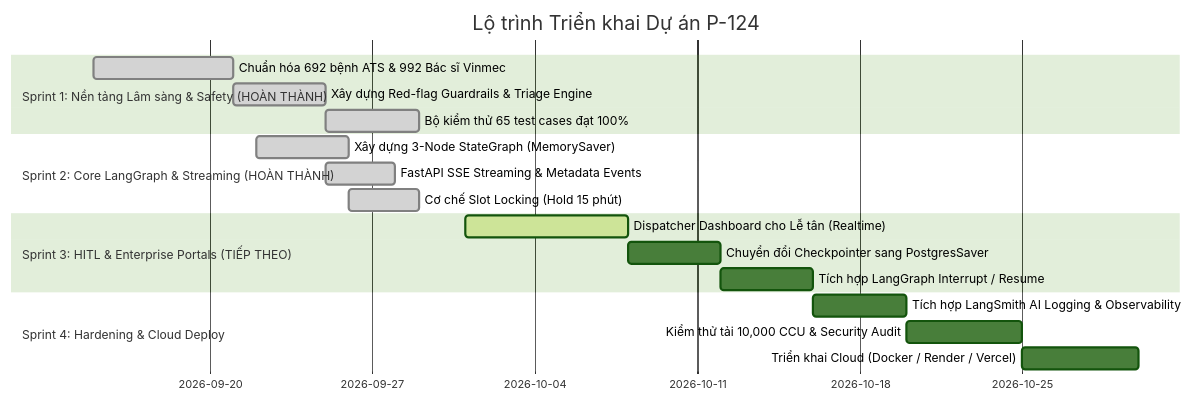
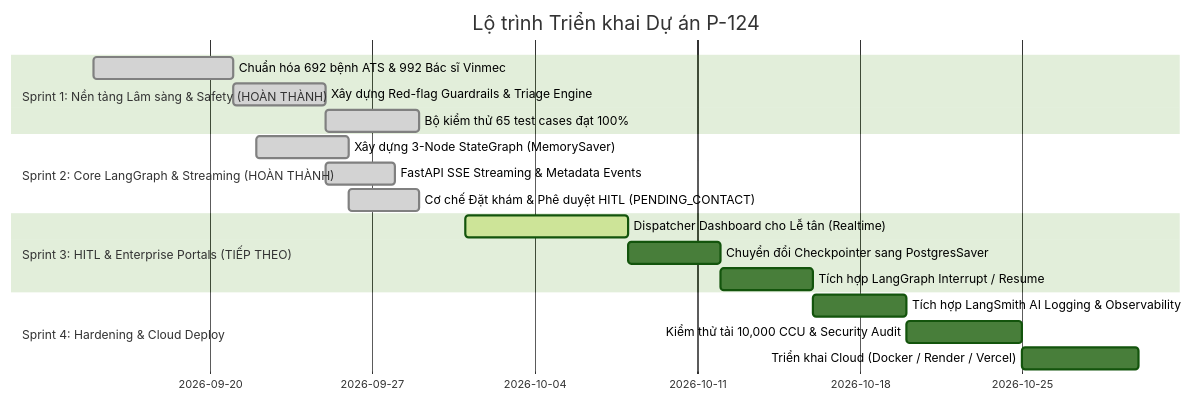
One commit to MaiVanTruong2310/T24-Build-Phase-AI-In-Action changed the sixth of 6 diagrams in docs/agent/PRODUCT_SPECIFICATION_REPORT.md. Above: the diagram before and after it, drawn with Mermaid (forest theme). The commit also changed other lines of this file and 81 other files, not shown here.

````diff
--- a/docs/agent/PRODUCT_SPECIFICATION_REPORT.md
+++ b/docs/agent/PRODUCT_SPECIFICATION_REPORT.md
@@ -353,21 +354,21 @@
 ```mermaid
 gantt
     title Lộ trình Triển khai Dự án P-124
     dateFormat  YYYY-MM-DD
     section Sprint 1: Nền tảng Lâm sàng & Safety (HOÀN THÀNH)
     Chuẩn hóa 692 bệnh ATS & 992 Bác sĩ Vinmec  :done, s1_1, 2026-09-15, 6d
     Xây dựng Red-flag Guardrails & Triage Engine :done, s1_2, 2026-09-21, 4d
     Bộ kiểm thử 65 test cases đạt 100%          :done, s1_3, 2026-09-25, 4d
     section Sprint 2: Core LangGraph & Streaming (HOÀN THÀNH)
     Xây dựng 3-Node StateGraph (MemorySaver)    :done, s2_1, 2026-09-22, 4d
     FastAPI SSE Streaming & Metadata Events     :done, s2_2, 2026-09-25, 3d
-    Cơ chế Slot Locking (Hold 15 phút)          :done, s2_3, 2026-09-26, 3d
+    Cơ chế Đặt khám & Phê duyệt HITL (PENDING_CONTACT)          :done, s2_3, 2026-09-26, 3d
     section Sprint 3: HITL & Enterprise Portals (TIẾP THEO)
     Dispatcher Dashboard cho Lễ tân (Realtime)  :active, s3_1, 2026-10-01, 7d
     Chuyển đổi Checkpointer sang PostgresSaver  :s3_2, 2026-10-08, 4d
     Tích hợp LangGraph Interrupt / Resume       :s3_3, 2026-10-12, 4d
     section Sprint 4: Hardening & Cloud Deploy
     Tích hợp LangSmith AI Logging & Observability:s4_1, 2026-10-16, 4d
     Kiểm thử tải 10,000 CCU & Security Audit    :s4_2, 2026-10-20, 5d
     Triển khai Cloud (Docker / Render / Vercel) :s4_3, 2026-10-25, 5d
 ```
````
